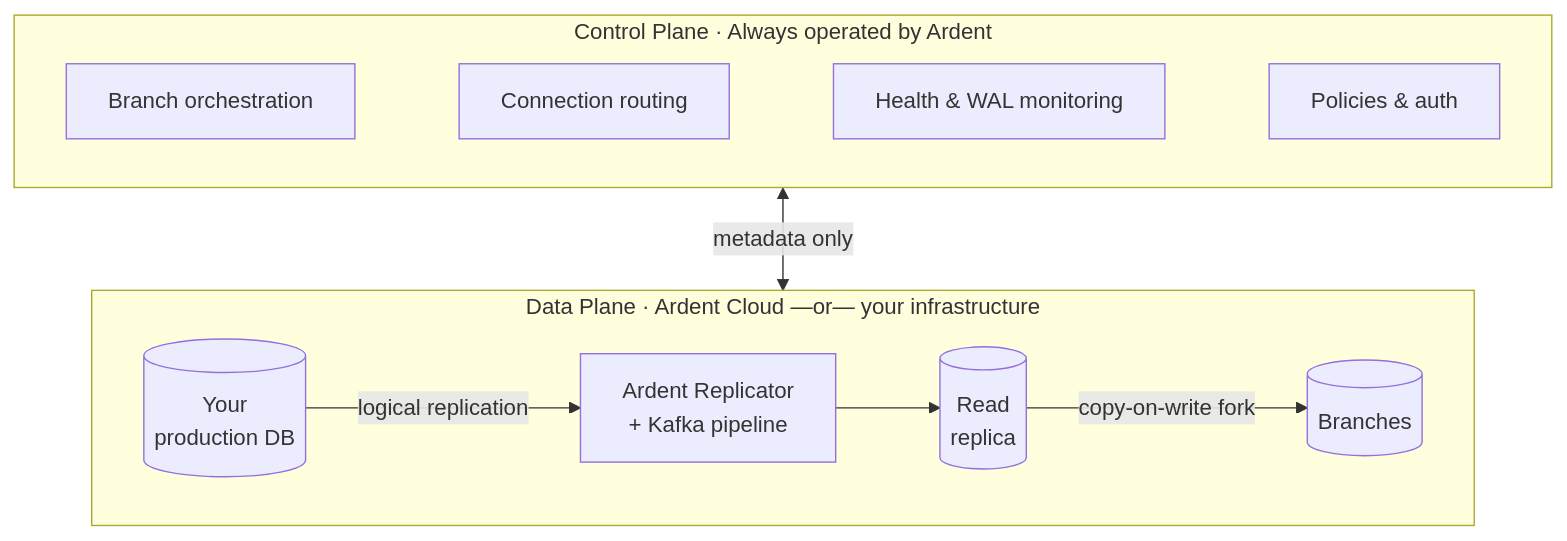
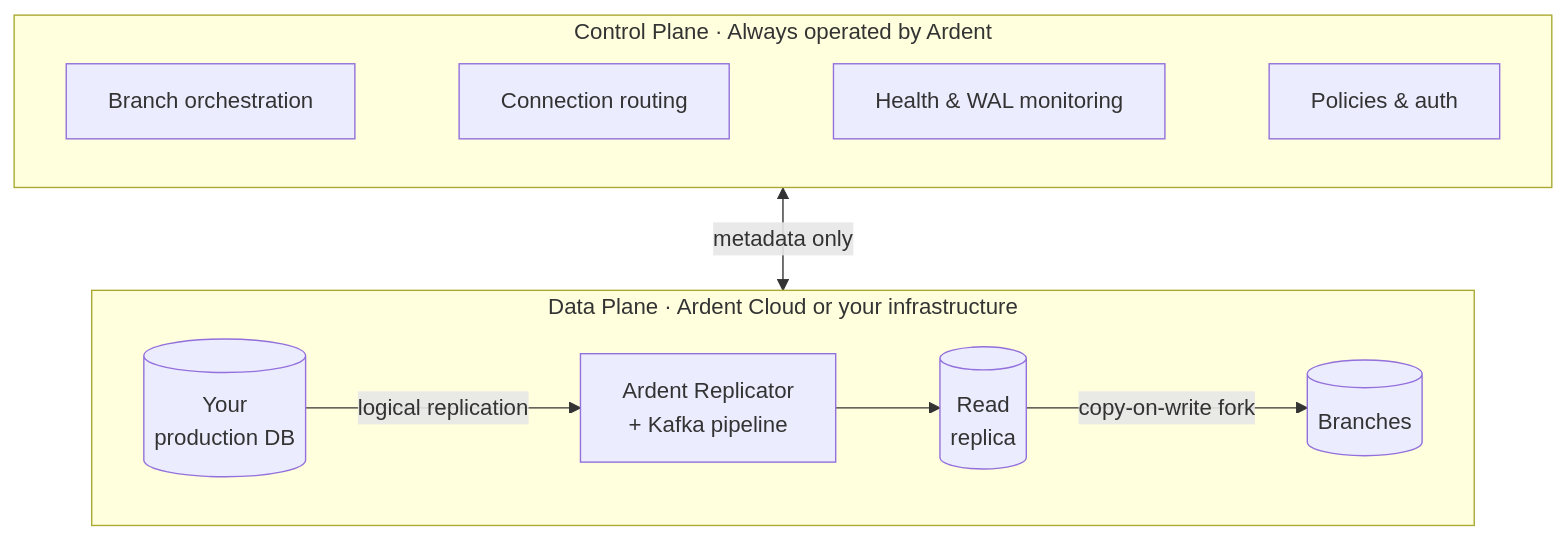
Before and after one commit to ArdentAILabs/docs: the diagram in architecture.mdx, drawn with Mermaid. The commit also changed other lines of this file, not shown here.

First line of the commit message:
docs: de-fluff architecture copy, drop em dashes, fix deployment table cells

````diff
--- a/architecture.mdx
+++ b/architecture.mdx
@@ -15,16 +15,16 @@
 ```mermaid
 flowchart TB
     subgraph CP["Control Plane · Always operated by Ardent"]
         direction LR
         ORCH["Branch orchestration"] ~~~ ROUTE["Connection routing"] ~~~ HEALTH["Health & WAL monitoring"] ~~~ POL["Policies & auth"]
     end
 
-    subgraph DP["Data Plane · Ardent Cloud  —or—  your infrastructure"]
+    subgraph DP["Data Plane · Ardent Cloud or your infrastructure"]
         direction LR
         PROD[("Your\nproduction DB")] -->|"logical replication"| AR["Ardent Replicator\n+ Kafka pipeline"]
         AR --> REP[("Read\nreplica")]
         REP -->|"copy-on-write fork"| BR[("Branches")]
     end
 
     CP <-->|"metadata only"| DP
 ```
````
